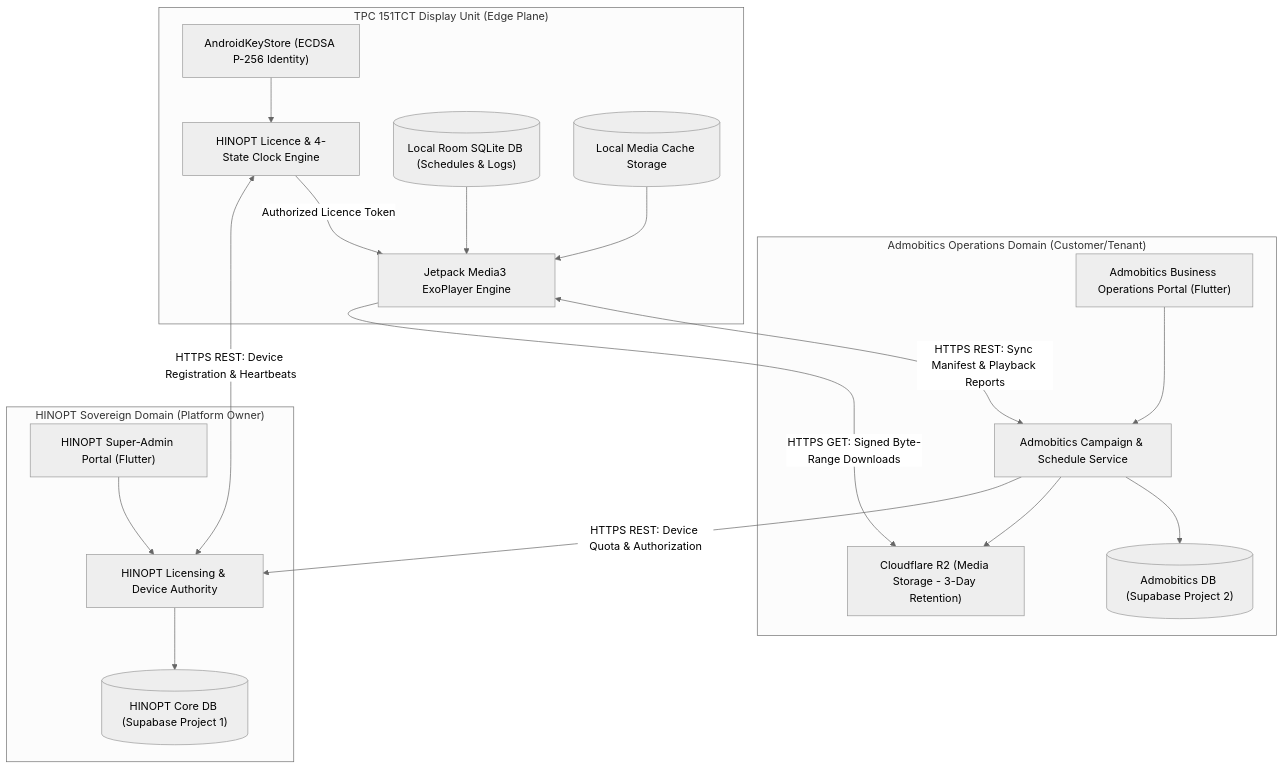
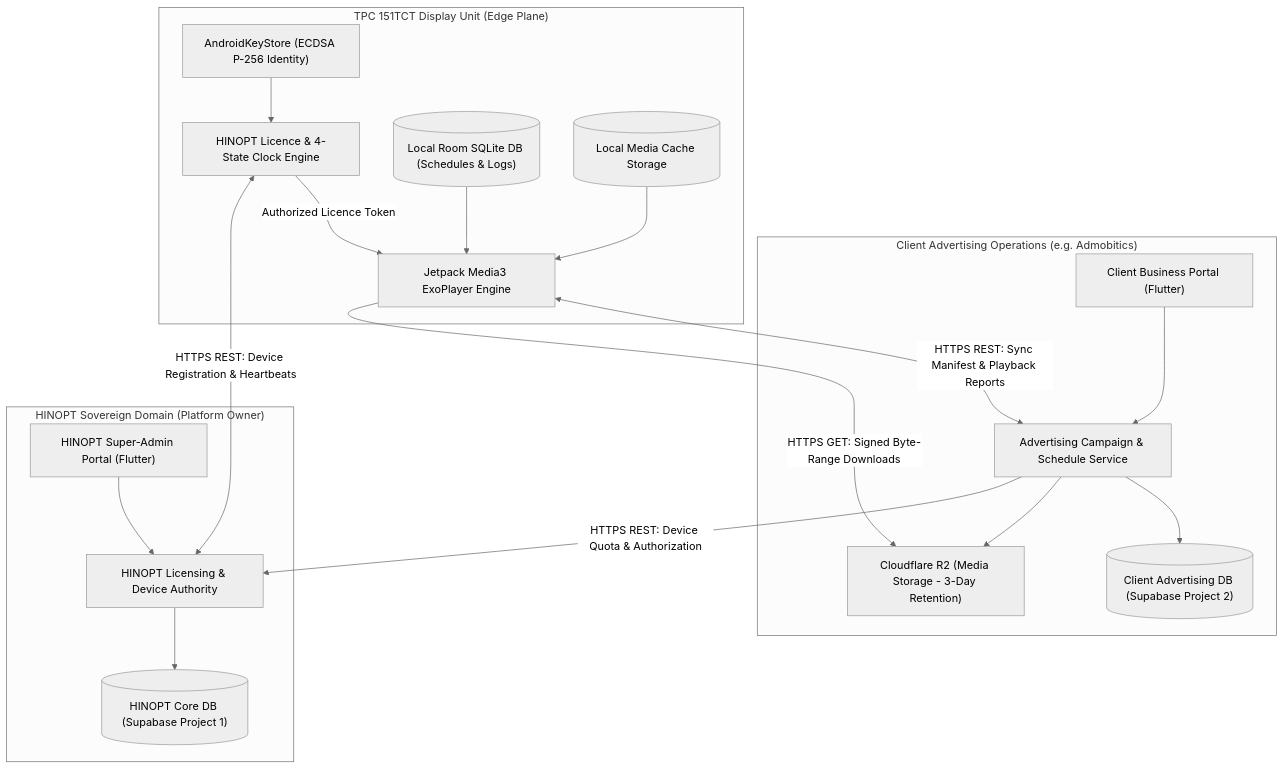
The diagram in README.md (abhiwebappcreations-a11y/hinopt-advertising-software), drawn with Mermaid (neutral theme) before and after one commit. The commit also changed other lines of this file and 4 other files, not shown here.

Commit message:
refactor(core): enforce zero demo data policy and decouple client tenant identity from software owner

````diff
--- a/README.md
+++ b/README.md
@@ -11,38 +15,38 @@
 ```mermaid
 flowchart TD
     subgraph HINOPT_Sovereign["HINOPT Sovereign Domain (Platform Owner)"]
         H_Auth["HINOPT Licensing & Device Authority"]
         H_DB[("HINOPT Core DB (Supabase Project 1)")]
         H_Admin["HINOPT Super-Admin Portal (Flutter)"]
         H_Admin --> H_Auth
         H_Auth --> H_DB
     end
 
-    subgraph Admobitics_Tenant["Admobitics Operations Domain (Customer/Tenant)"]
-        A_Backend["Admobitics Campaign & Schedule Service"]
-        A_DB[("Admobitics DB (Supabase Project 2)")]
+    subgraph Client_Tenant["Client Advertising Operations (e.g. Admobitics)"]
+        A_Backend["Advertising Campaign & Schedule Service"]
+        A_DB[("Client Advertising DB (Supabase Project 2)")]
         A_R2["Cloudflare R2 (Media Storage - 3-Day Retention)"]
-        A_Admin["Admobitics Business Operations Portal (Flutter)"]
+        A_Admin["Client Business Portal (Flutter)"]
         A_Admin --> A_Backend
         A_Backend --> A_DB
         A_Backend --> A_R2
     end
 
     subgraph EdgePlayer["TPC 151TCT Display Unit (Edge Plane)"]
         Keystore["AndroidKeyStore (ECDSA P-256 Identity)"]
         LicenceEngine["HINOPT Licence & 4-State Clock Engine"]
         Media3Engine["Jetpack Media3 ExoPlayer Engine"]
         RoomDB[("Local Room SQLite DB (Schedules & Logs)")]
         LocalCache[("Local Media Cache Storage")]
         
         Keystore --> LicenceEngine
         LicenceEngine -->|Authorized Licence Token| Media3Engine
         RoomDB --> Media3Engine
         LocalCache --> Media3Engine
     end
 
     A_Backend -->|HTTPS REST: Device Quota & Authorization| H_Auth
     LicenceEngine <-->|HTTPS REST: Device Registration & Heartbeats| H_Auth
     Media3Engine <-->|HTTPS REST: Sync Manifest & Playback Reports| A_Backend
     Media3Engine -->|HTTPS GET: Signed Byte-Range Downloads| A_R2
 ```
````
